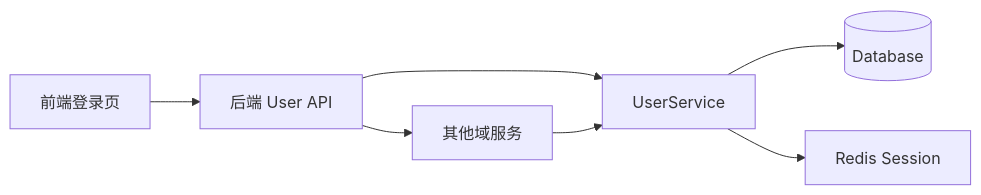
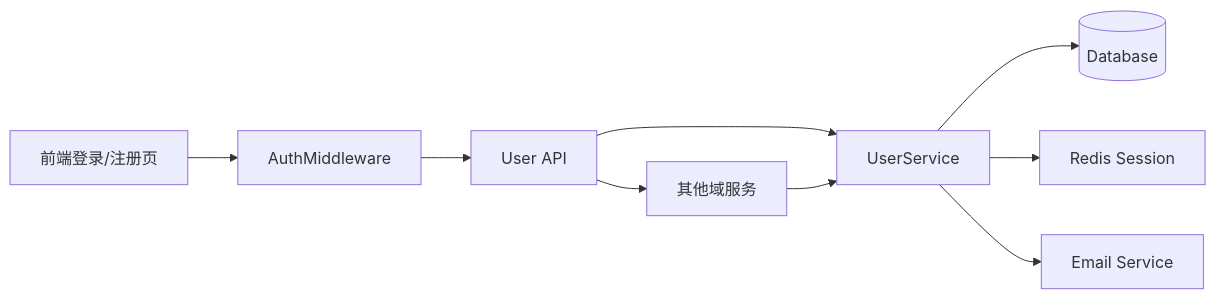
Before and after one commit to fairyspace/x-media: the fourth of 4 diagrams in docs/[00]用户模块/README.md, drawn with Mermaid. The commit also changed other lines of this file and 2 other files, not shown here.

````diff
--- a/docs/[00]用户模块/README.md
+++ b/docs/[00]用户模块/README.md
@@ -115,9 +417,11 @@
 ```mermaid
 flowchart LR
-    A[前端登录页] --> B[后端 User API]
-    B --> C[UserService]
-    C --> D[(Database)]
-    C --> E[Redis Session]
-    B --> F[其他域服务]
-    F --> C
+    A[前端登录/注册页] --> B[AuthMiddleware]
+    B --> C[User API]
+    C --> D[UserService]
+    D --> E[(Database)]
+    D --> F[Redis Session]
+    D --> G[Email Service]
+    C --> H[其他域服务]
+    H --> D
 ```
````
